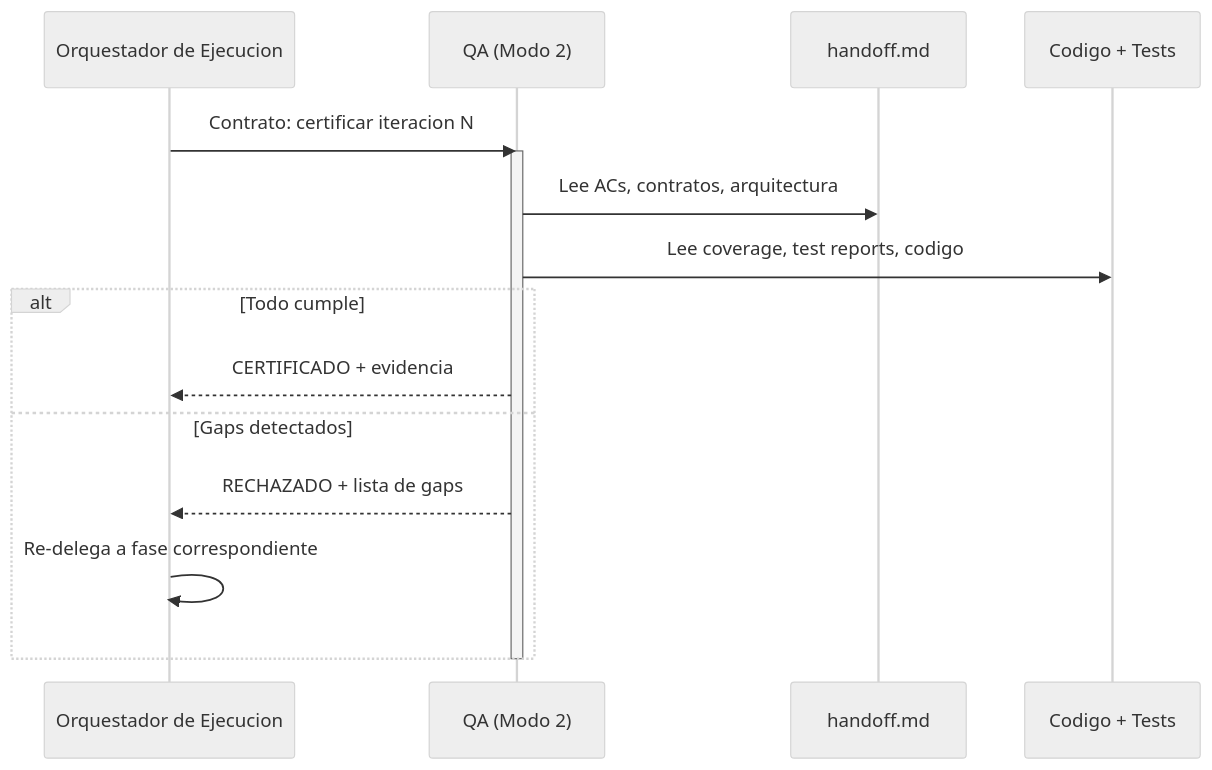
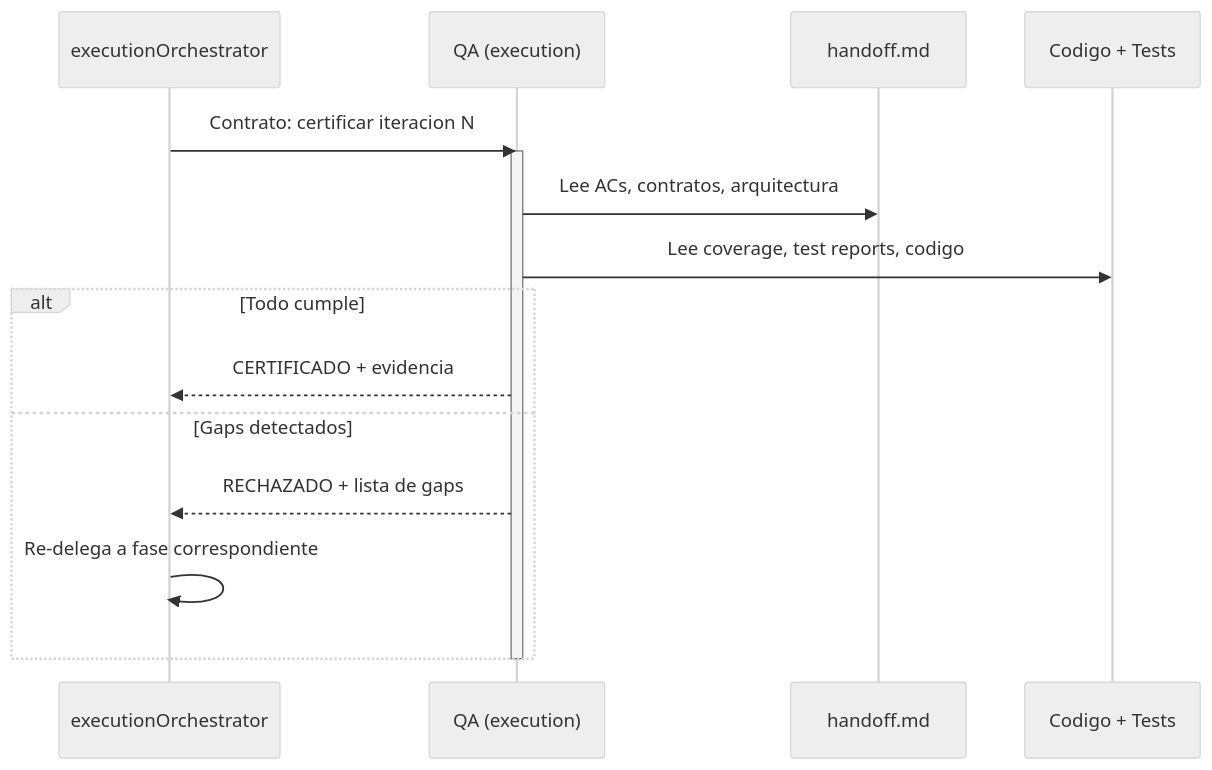
Before and after one commit to virgenherrera/idea-to-mvp: the diagram in docs/execution/accept.md, drawn with Mermaid (neutral theme). The commit also changed other lines of this file and 30 other files, not shown here.

````diff
--- a/docs/execution/accept.md
+++ b/docs/execution/accept.md
@@ -75,20 +94,20 @@
 ```mermaid
 sequenceDiagram
-    participant OE as Orquestador de Ejecucion
-    participant QA as QA (Modo 2)
+    participant OE as executionOrchestrator
+    participant QA as QA (execution)
     participant HAND as handoff.md
     participant CODE as Codigo + Tests
 
     OE->>QA: Contrato: certificar iteracion N
     activate QA
     QA->>HAND: Lee ACs, contratos, arquitectura
     QA->>CODE: Lee coverage, test reports, codigo
 
     alt Todo cumple
         QA-->>OE: CERTIFICADO + evidencia
     else Gaps detectados
         QA-->>OE: RECHAZADO + lista de gaps
         OE->>OE: Re-delega a fase correspondiente
     end
     deactivate QA
 ```
````
